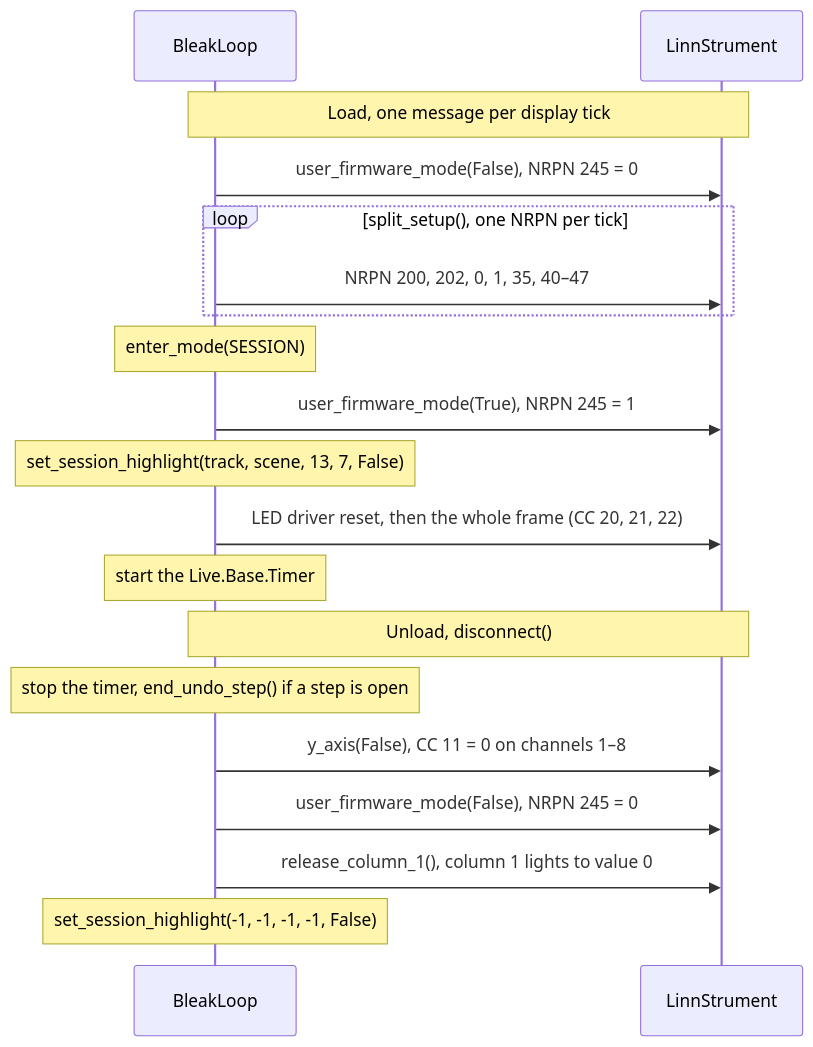
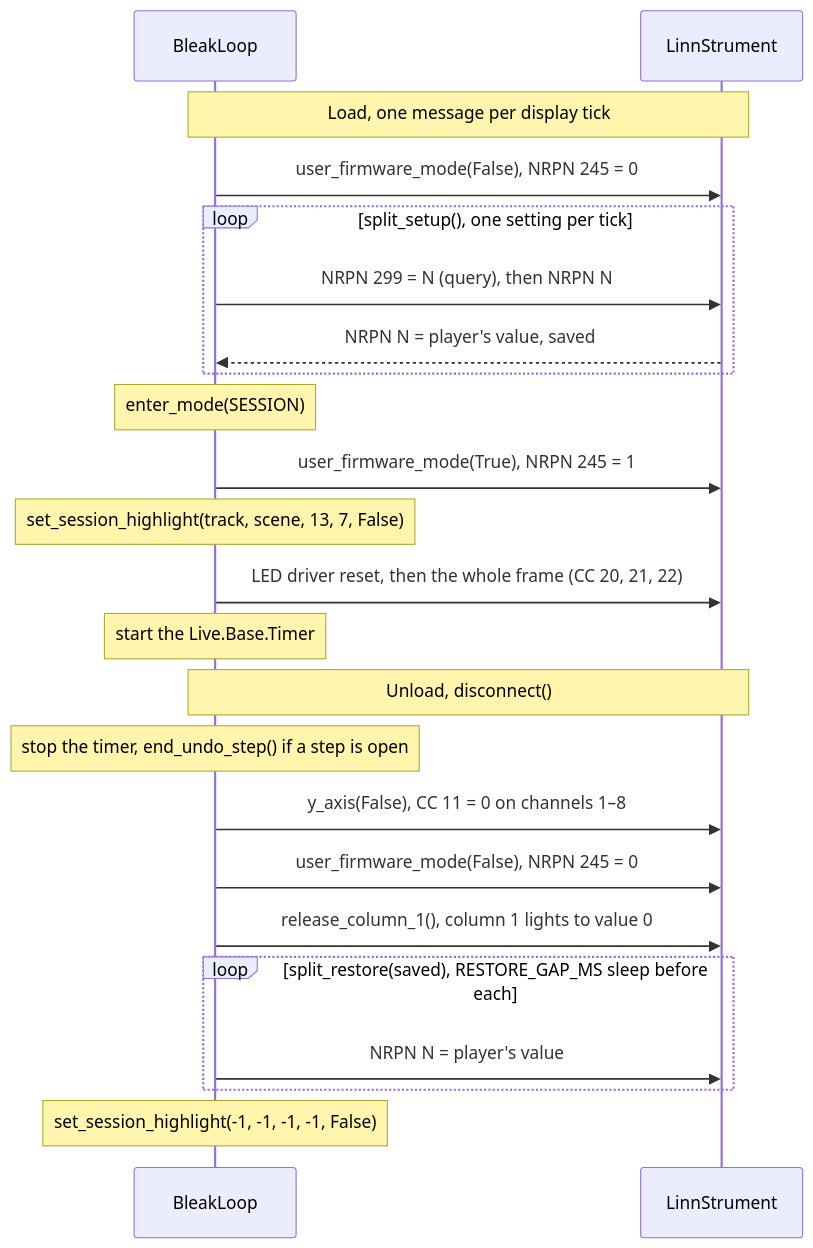
One commit to ianbleaker/bleakloop-linnstrument changed the fifth of 8 diagrams in docs/architecture.md. Above: the diagram before and after it, drawn with Mermaid. The commit also changed other lines of this file and 5 other files, not shown here.

First line of the commit message:
feat: restore the player's split settings on unload (#31)

````diff
--- a/docs/architecture.md
+++ b/docs/architecture.md
@@ -306,21 +309,25 @@
 ```mermaid
 sequenceDiagram
   participant BleakLoop
   participant LinnStrument
   Note over BleakLoop,LinnStrument: Load, one message per display tick
   BleakLoop->>LinnStrument: user_firmware_mode(False), NRPN 245 = 0
-  loop split_setup(), one NRPN per tick
-    BleakLoop->>LinnStrument: NRPN 200, 202, 0, 1, 35, 40–47
+  loop split_setup(), one setting per tick
+    BleakLoop->>LinnStrument: NRPN 299 = N (query), then NRPN N
+    LinnStrument-->>BleakLoop: NRPN N = player's value, saved
   end
   Note over BleakLoop: enter_mode(SESSION)
   BleakLoop->>LinnStrument: user_firmware_mode(True), NRPN 245 = 1
   Note over BleakLoop: set_session_highlight(track, scene, 13, 7, False)
   BleakLoop->>LinnStrument: LED driver reset, then the whole frame (CC 20, 21, 22)
   Note over BleakLoop: start the Live.Base.Timer
   Note over BleakLoop,LinnStrument: Unload, disconnect()
   Note over BleakLoop: stop the timer, end_undo_step() if a step is open
   BleakLoop->>LinnStrument: y_axis(False), CC 11 = 0 on channels 1–8
   BleakLoop->>LinnStrument: user_firmware_mode(False), NRPN 245 = 0
   BleakLoop->>LinnStrument: release_column_1(), column 1 lights to value 0
+  loop split_restore(saved), RESTORE_GAP_MS sleep before each
+    BleakLoop->>LinnStrument: NRPN N = player's value
+  end
   Note over BleakLoop: set_session_highlight(-1, -1, -1, -1, False)
 ```
````
